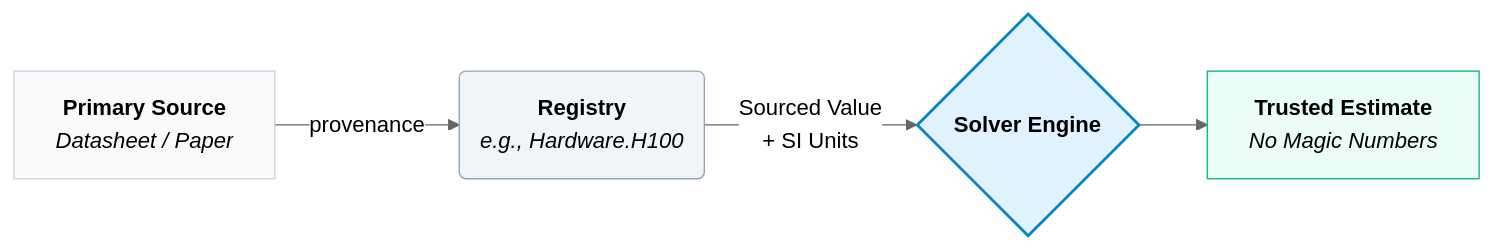
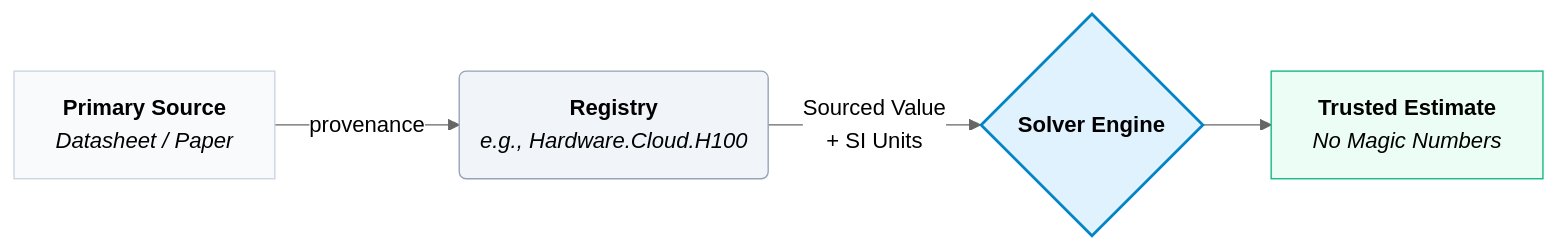
The first of 2 diagrams in mlsysim/docs/philosophy.qmd (Mu-L/cs249r_book), drawn with Mermaid before and after one commit. The commit also changed 3 other files, not shown here.

````diff
--- a/mlsysim/docs/philosophy.qmd
+++ b/mlsysim/docs/philosophy.qmd
@@ -22,12 +22,12 @@
 ```{mermaid}
 %%{init: {'theme': 'neutral'}}%%
 flowchart LR
-    A[<b>Primary Source</b><br/><i>Datasheet / Paper</i>] -->|provenance| B(<b>Registry</b><br/><i>e.g., Hardware.H100</i>)
+    A[<b>Primary Source</b><br/><i>Datasheet / Paper</i>] -->|provenance| B(<b>Registry</b><br/><i>e.g., Hardware.Cloud.H100</i>)
     B -->|Sourced Value<br/>+ SI Units| C{<b>Solver Engine</b>}
     C --> D[<b>Trusted Estimate</b><br/><i>No Magic Numbers</i>]
 
     style A fill:#f8fafc,stroke:#cbd5e1
     style B fill:#f1f5f9,stroke:#94a3b8
     style C fill:#e0f2fe,stroke:#0284c7,stroke-width:2px
     style D fill:#ecfdf5,stroke:#10b981
 ```
````
